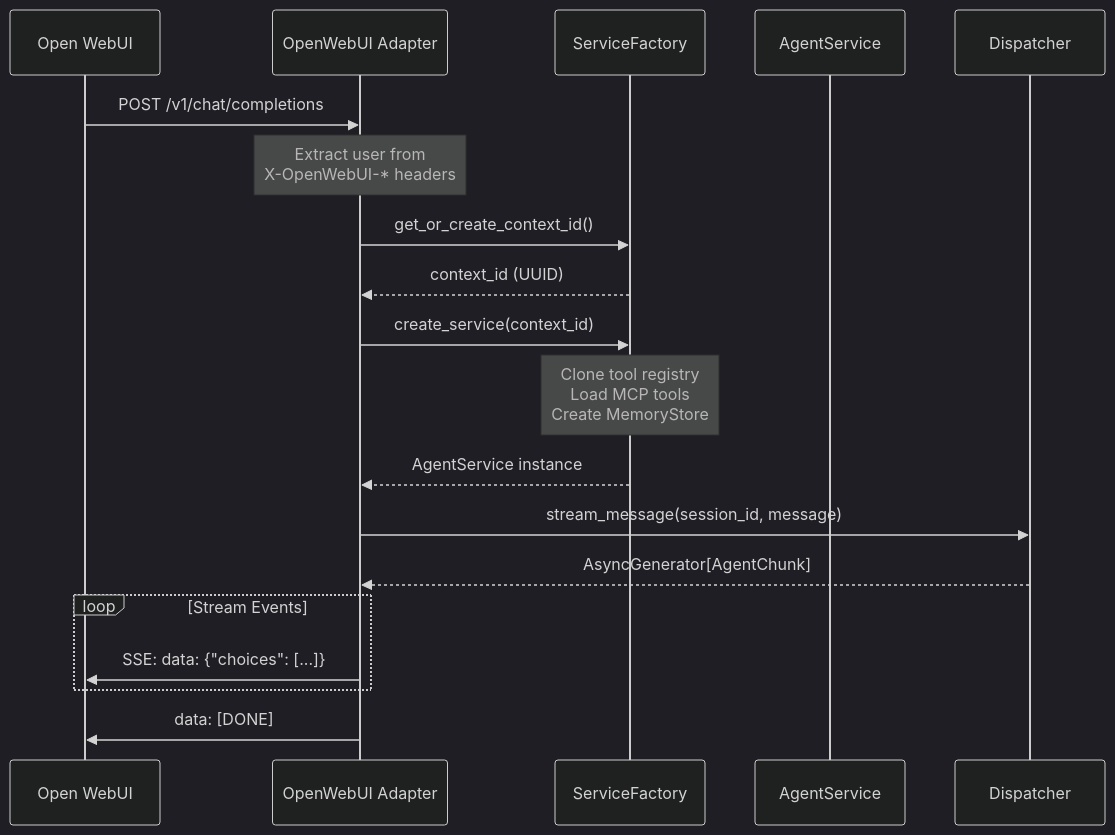
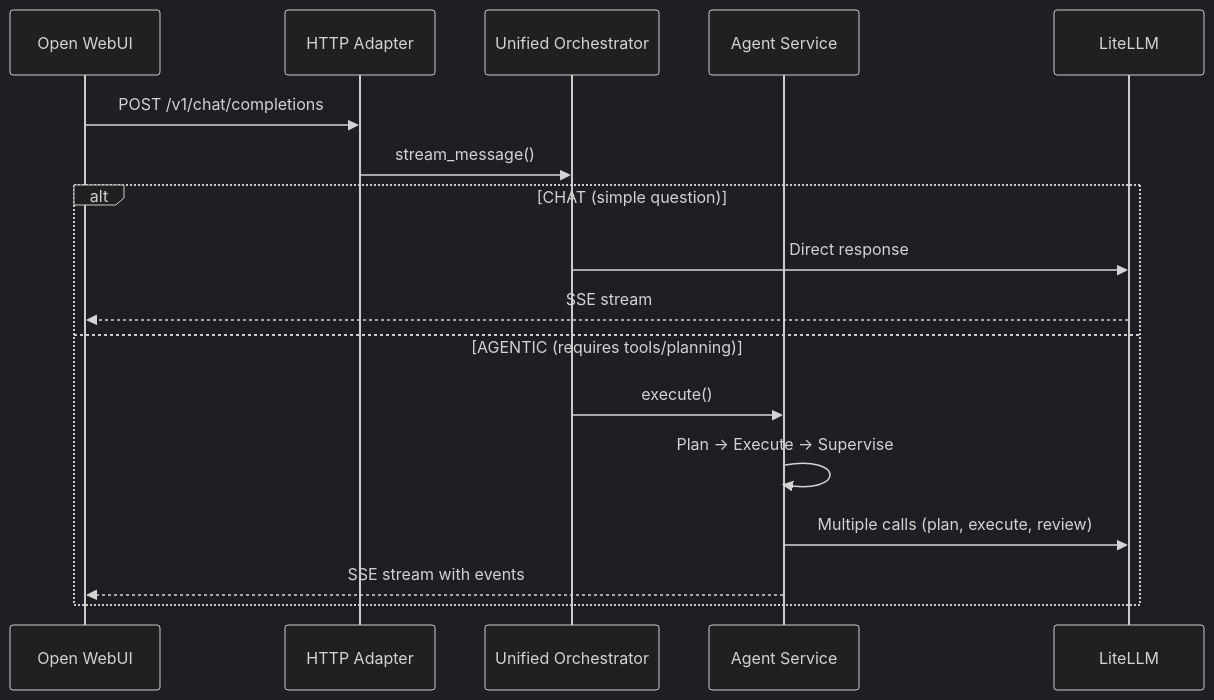
Before and after one commit to MagTer/ai-agent-platform: the second of 5 diagrams in docs/architecture-diagram.md, drawn with Mermaid (dark theme). The commit also changed other lines of this file and 31 other files, not shown here.

````diff
--- a/docs/architecture-diagram.md
+++ b/docs/architecture-diagram.md
@@ -132,27 +67,21 @@
 ```mermaid
 sequenceDiagram
-    participant WebUI as Open WebUI
-    participant Adapter as OpenWebUI Adapter
-    participant Factory as ServiceFactory
-    participant Service as AgentService
-    participant Dispatcher
+    participant User as Open WebUI
+    participant Adapter as HTTP Adapter
+    participant Dispatcher as Unified Orchestrator
+    participant Agent as Agent Service
+    participant LLM as LiteLLM
 
-    WebUI->>Adapter: POST /v1/chat/completions
-    Note over Adapter: Extract user from<br/>X-OpenWebUI-* headers
+    User->>Adapter: POST /v1/chat/completions
+    Adapter->>Dispatcher: stream_message()
 
-    Adapter->>Factory: get_or_create_context_id()
-    Factory-->>Adapter: context_id (UUID)
-
-    Adapter->>Factory: create_service(context_id)
-    Note over Factory: Clone tool registry<br/>Load MCP tools<br/>Create MemoryStore
-    Factory-->>Adapter: AgentService instance
-
-    Adapter->>Dispatcher: stream_message(session_id, message)
-    Dispatcher-->>Adapter: AsyncGenerator[AgentChunk]
-
-    loop Stream Events
-        Adapter->>WebUI: SSE: data: {"choices": [...]}
+    alt CHAT (simple question)
+        Dispatcher->>LLM: Direct response
+        LLM-->>User: SSE stream
+    else AGENTIC (requires tools/planning)
+        Dispatcher->>Agent: execute()
+        Agent->>Agent: Plan → Execute → Supervise
+        Agent->>LLM: Multiple calls (plan, execute, review)
+        Agent-->>User: SSE stream with events
     end
-
-    Adapter->>WebUI: data: [DONE]
 ```
````
